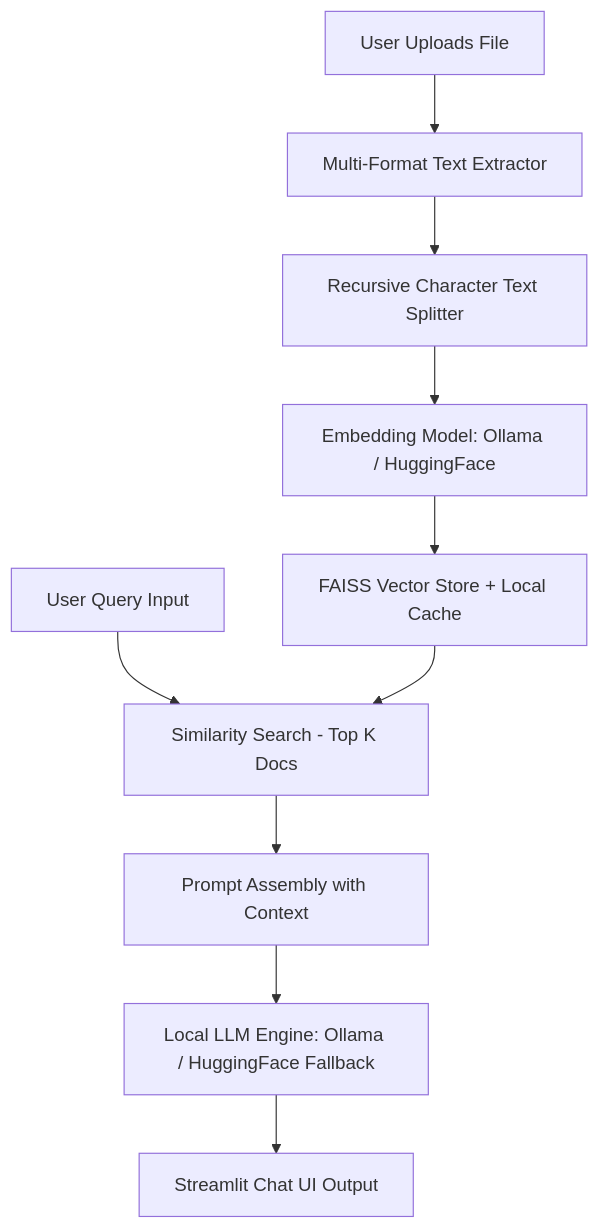
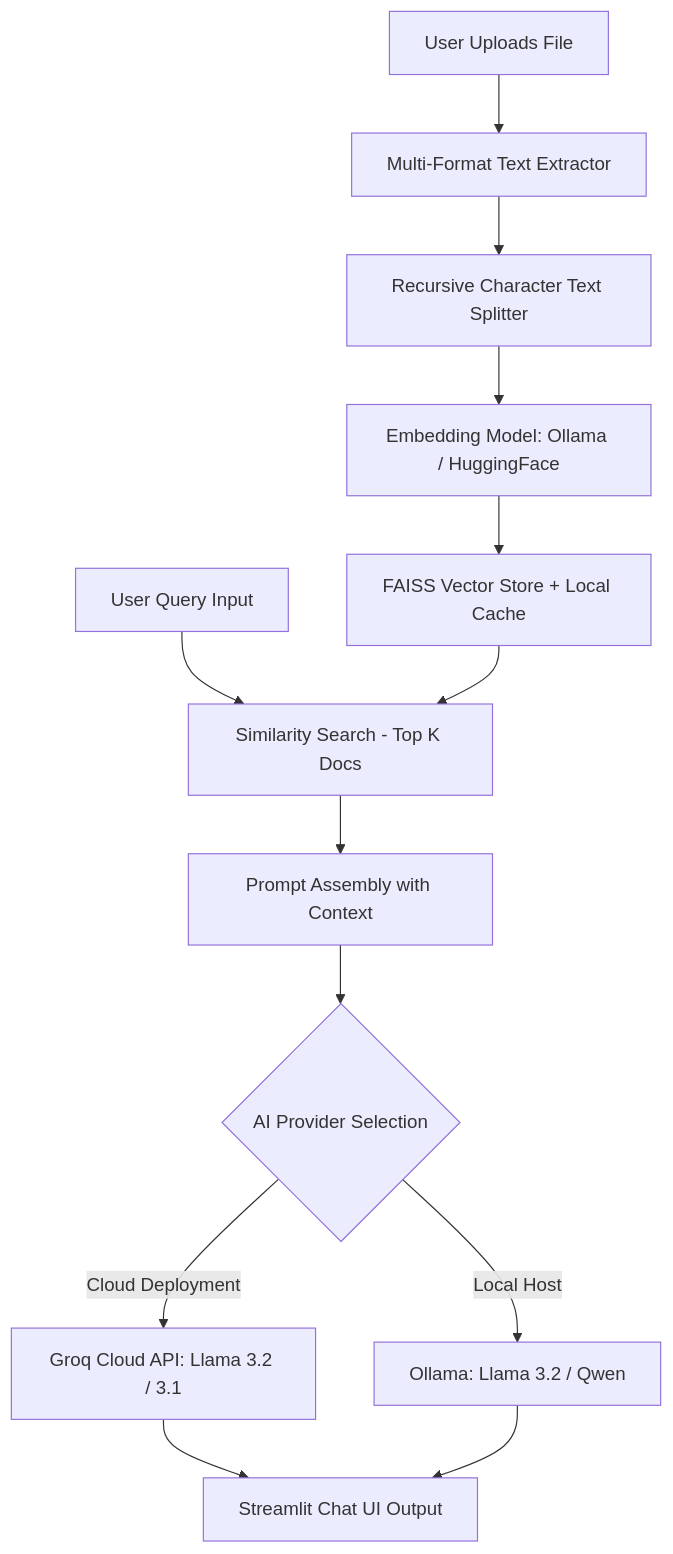
One commit to adithhn12/DocuChat changed the diagram in HOW_IT_WORKS.md. Above: the diagram before and after it, drawn with Mermaid. The commit also changed other lines of this file and 3 other files, not shown here.

Commit message:
Add Groq Cloud API Llama 3.2 support and updated documentation

````diff
--- a/HOW_IT_WORKS.md
+++ b/HOW_IT_WORKS.md
@@ -9,12 +9,15 @@
 ```mermaid
 flowchart TD
     A[User Uploads File] --> B[Multi-Format Text Extractor]
     B --> C[Recursive Character Text Splitter]
     C --> D[Embedding Model: Ollama / HuggingFace]
     D --> E[FAISS Vector Store + Local Cache]
     F[User Query Input] --> G[Similarity Search - Top K Docs]
     E --> G
     G --> H[Prompt Assembly with Context]
-    H --> I[Local LLM Engine: Ollama / HuggingFace Fallback]
-    I --> J[Streamlit Chat UI Output]
+    H --> I{AI Provider Selection}
+    I -->|Cloud Deployment| J[Groq Cloud API: Llama 3.2 / 3.1]
+    I -->|Local Host| K[Ollama: Llama 3.2 / Qwen]
+    J --> L[Streamlit Chat UI Output]
+    K --> L
 ```
````
